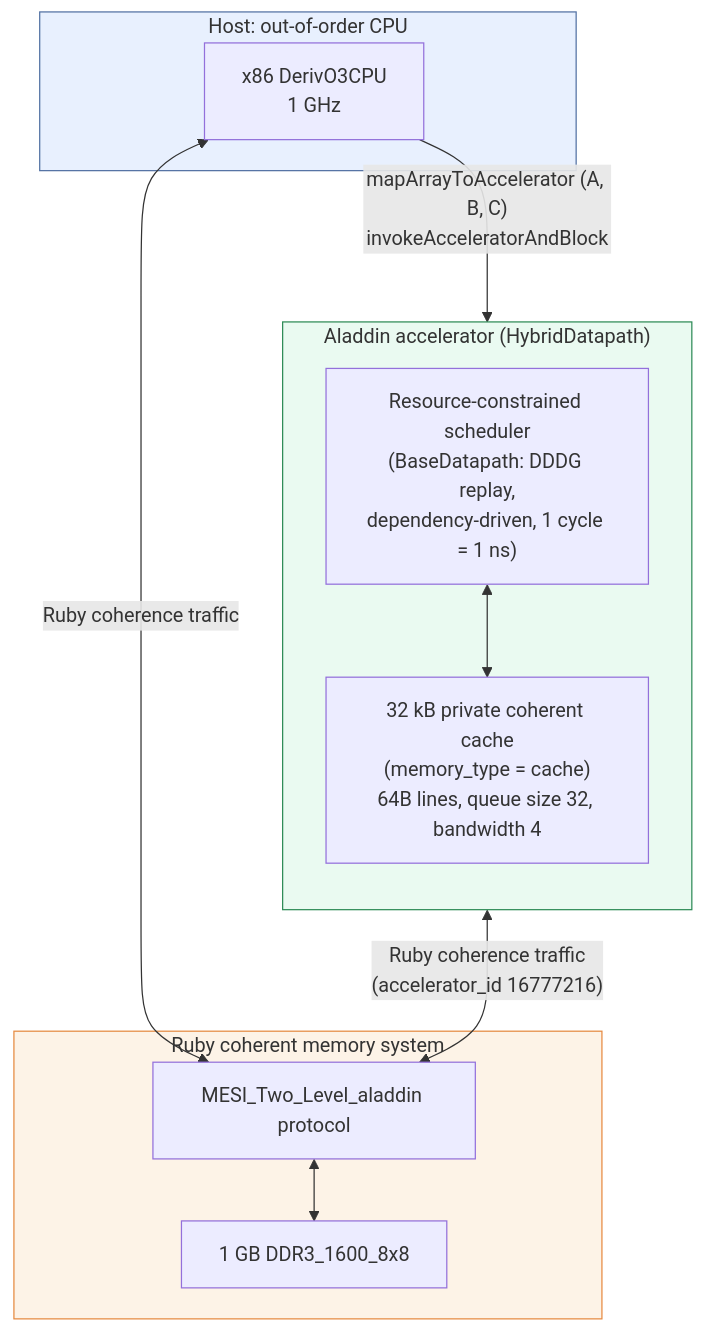
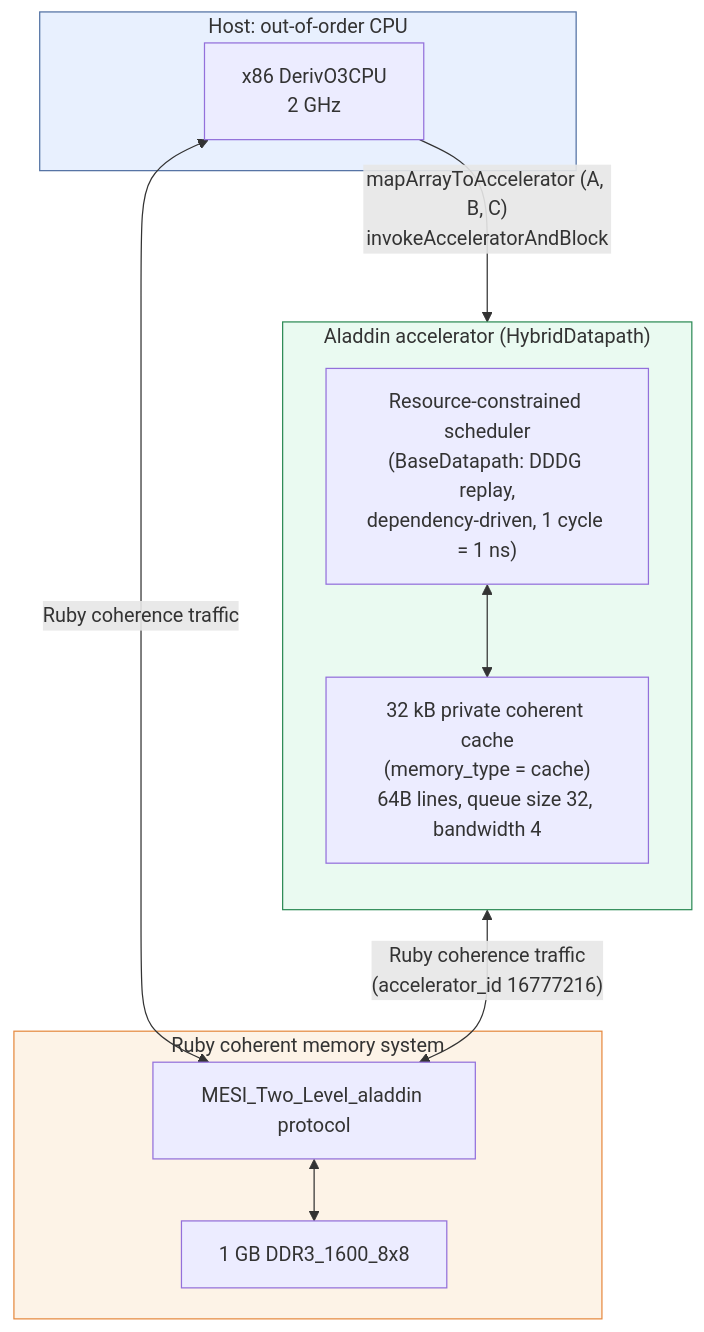
One commit to yasirmahmud/coherent-gemm-accelerator changed the diagram in docs/ARCHITECTURE.md. Above: the diagram before and after it, drawn with Mermaid. The commit also changed 375 other files, not shown here.

````diff
--- a/docs/ARCHITECTURE.md
+++ b/docs/ARCHITECTURE.md
@@ -7,27 +7,27 @@
 ```mermaid
 flowchart TB
     subgraph CPU_side["Host: out-of-order CPU"]
-        CPU["x86 DerivO3CPU<br/>1 GHz"]
+        CPU["x86 DerivO3CPU<br/>2 GHz"]
     end
 
     subgraph Coherence["Ruby coherent memory system"]
         MESI["MESI_Two_Level_aladdin protocol"]
         DRAM["1 GB DDR3_1600_8x8"]
     end
 
     subgraph Accel["Aladdin accelerator (HybridDatapath)"]
         direction TB
         Sched["Resource-constrained scheduler<br/>(BaseDatapath: DDDG replay,<br/>dependency-driven, 1 cycle = 1 ns)"]
         AccelCache["32 kB private coherent cache<br/>(memory_type = cache)<br/>64B lines, queue size 32, bandwidth 4"]
         Sched <--> AccelCache
     end
 
     CPU -- "mapArrayToAccelerator (A, B, C)<br/>invokeAcceleratorAndBlock" --> Accel
     CPU <-- "Ruby coherence traffic" --> MESI
     MESI <--> DRAM
     AccelCache <-- "Ruby coherence traffic<br/>(accelerator_id 16777216)" --> MESI
 
     style CPU_side fill:#e8f0fe,stroke:#5271a3
     style Coherence fill:#fdf3e7,stroke:#e68a40
     style Accel fill:#eafaf1,stroke:#2e8b57
 ```
````
